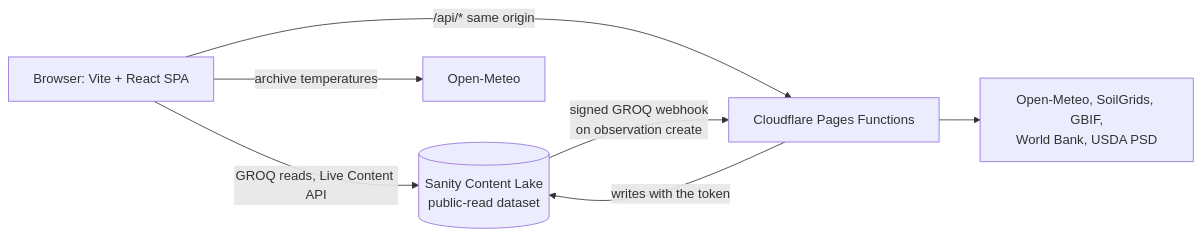
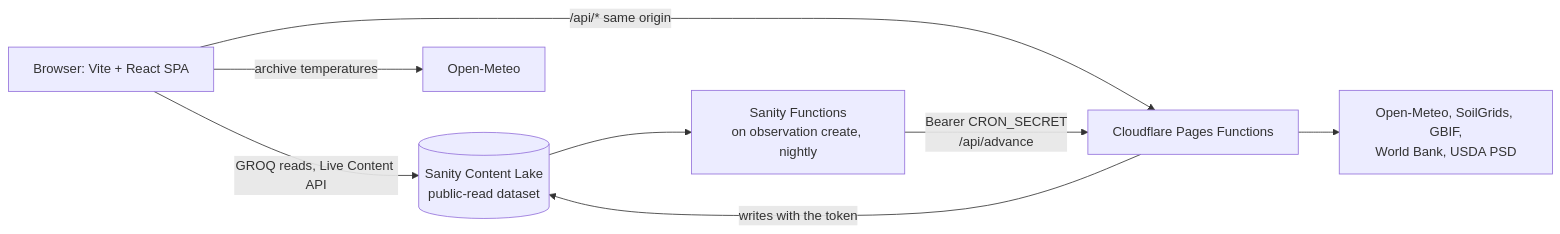
One commit to chantleyw/mecropolis changed the diagram in README.md. Above: the diagram before and after it, drawn with Mermaid. The commit also changed other lines of this file and 18 other files, not shown here.

First line of the commit message:
Reconcile seasons from Sanity Functions

````diff
--- a/README.md
+++ b/README.md
@@ -17,9 +17,10 @@
 ```mermaid
 flowchart LR
   B[Browser: Vite + React SPA] -- GROQ reads, Live Content API --> S[(Sanity Content Lake<br/>public-read dataset)]
   B -- archive temperatures --> OM[Open-Meteo]
   B -- /api/* same origin --> F[Cloudflare Pages Functions]
   F -- writes with the token --> S
   F --> EXT[Open-Meteo, SoilGrids, GBIF,<br/>World Bank, USDA PSD]
-  S -- signed GROQ webhook<br/>on observation create --> F
+  SF[Sanity Functions<br/>on observation create, nightly] -- Bearer CRON_SECRET<br/>/api/advance --> F
+  S --> SF
 ```
````
